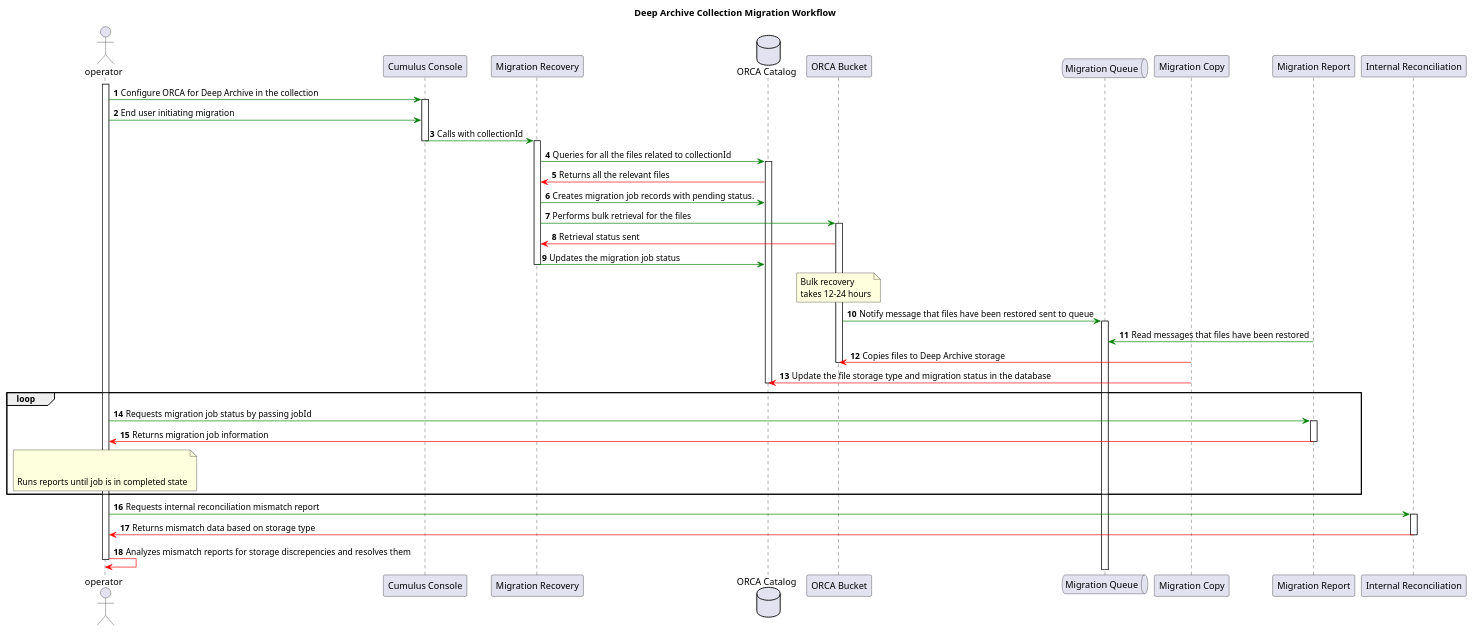
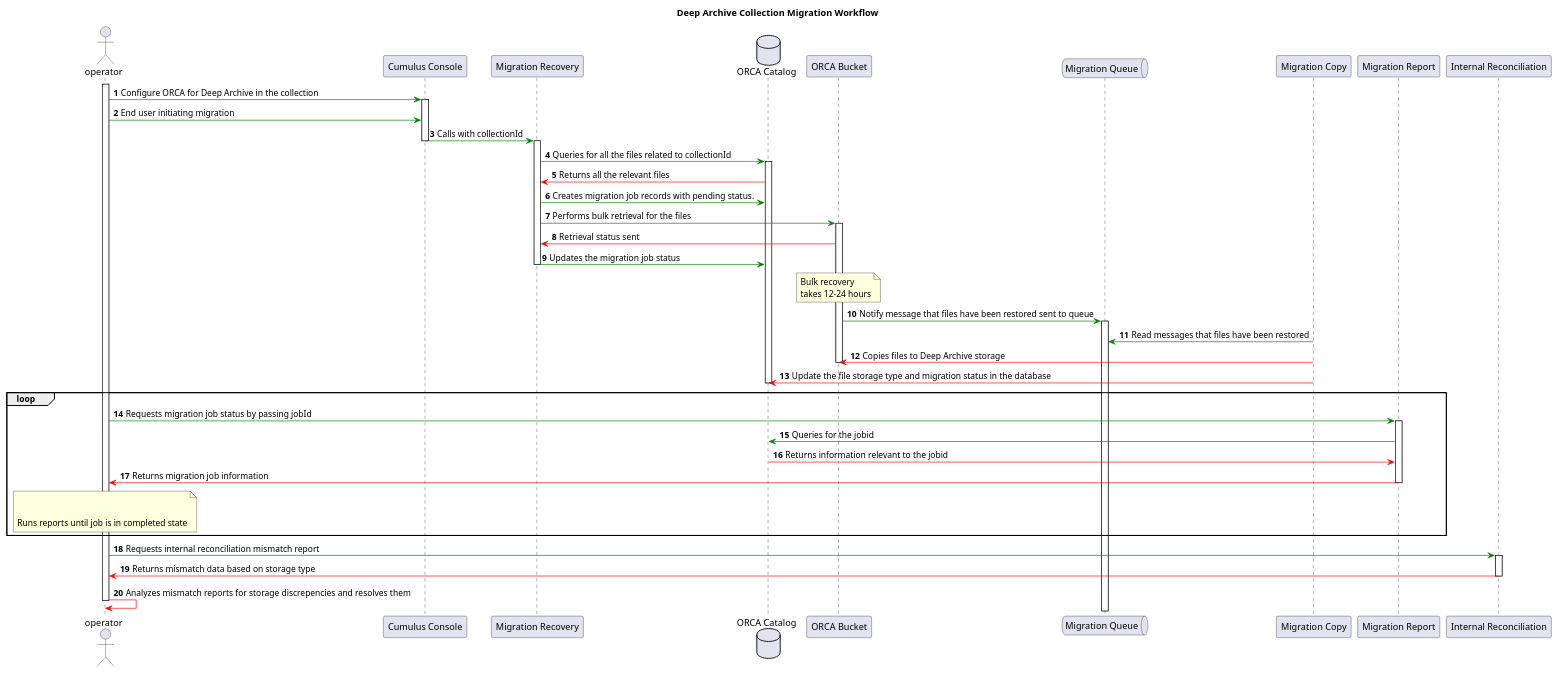
The diagram in website/static/files/Deep-Archive-Migration-workflow-specific-files.puml (nasa/cumulus-orca), drawn with PlantUML before and after one commit. The commit also changed 1 other file, not shown here.

```diff
--- a/website/static/files/Deep-Archive-Migration-workflow-specific-files.puml
+++ b/website/static/files/Deep-Archive-Migration-workflow-specific-files.puml
@@ -1,79 +1,83 @@
 @startuml
 
 title "Deep Archive Collection Migration Workflow"
 
 actor operator
 participant "Cumulus Console" as cc
 participant "Migration Recovery" as ms
 database "ORCA Catalog" as oc
 participant "ORCA Bucket" as ob
 queue "Migration Queue" as mq
 participant "Migration Copy" as mc
 participant "Migration Report" as mr
 participant "Internal Reconciliation" as ir
 autonumber
 
 activate operator
 
 operator -[#green]> cc: Configure ORCA for Deep Archive in the collection
 activate cc
 operator -[#green]> cc: End user initiating migration
 cc-[#green]> ms: Calls with collectionId
 deactivate cc
 
 activate ms
 
 
 ms-[#green]> oc: Queries for all the files related to collectionId
 activate oc
 oc-[#red]>ms: Returns all the relevant files
 
 ms -[#green]> oc: Creates migration job records with pending status.
 
 ms-[#green]> ob: Performs bulk retrieval for the files
 activate ob
 ob -[#red]> ms: Retrieval status sent
 
 ms -[#green]> oc: Updates the migration job status
 
 deactivate ms
 note over ob
 Bulk recovery 
 takes 12-24 hours
 end note
 
 ob-[#green]> mq: Notify message that files have been restored sent to queue
 
+
 activate mq
-mr-[#green]> mq: Read messages that files have been restored
+mc-[#green]> mq: Read messages that files have been restored
 
 mc -[#red]> ob: Copies files to Deep Archive storage
 
 deactivate ob
 mc-[#red]> oc: Update the file storage type and migration status in the database
 deactivate oc
 loop
 
 operator -[#green]> mr: Requests migration job status by passing jobId
+activate mr
+mr -[#green]> oc: Queries for the jobid
+oc -[#red]> mr: Returns information relevant to the jobid
 
-activate mr
+
 
 mr -[#red]> operator: Returns migration job information
 deactivate mr
 note over operator
 
 
 Runs reports until job is in completed state
 end note
 end
 
 operator-[#green]> ir: Requests internal reconciliation mismatch report
 activate ir
 ir-[#red]> operator: Returns mismatch data based on storage type
 deactivate ir
 operator -[#red]> operator: Analyzes mismatch reports for storage discrepencies and resolves them
 
 
 '
 deactivate operator
 @enduml
```
